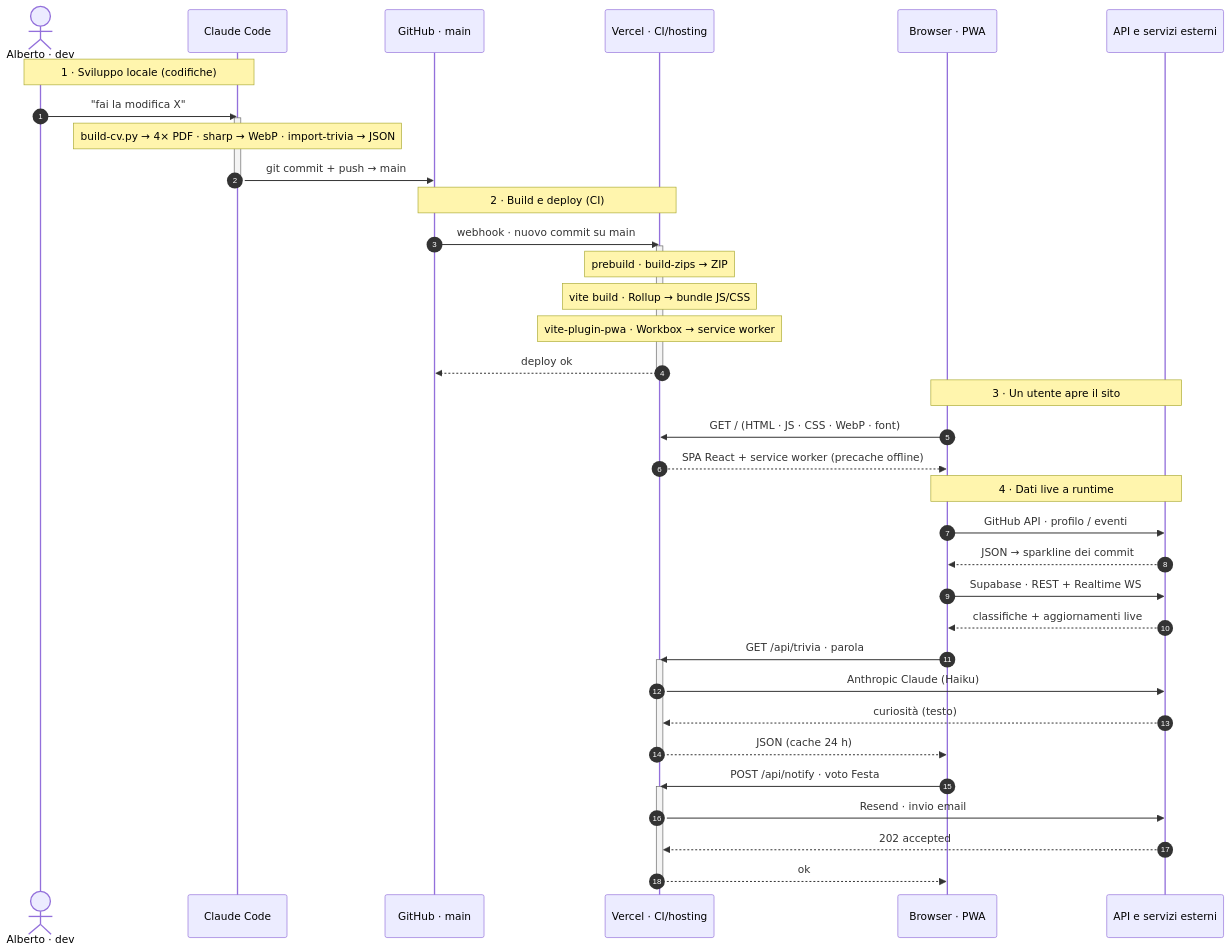
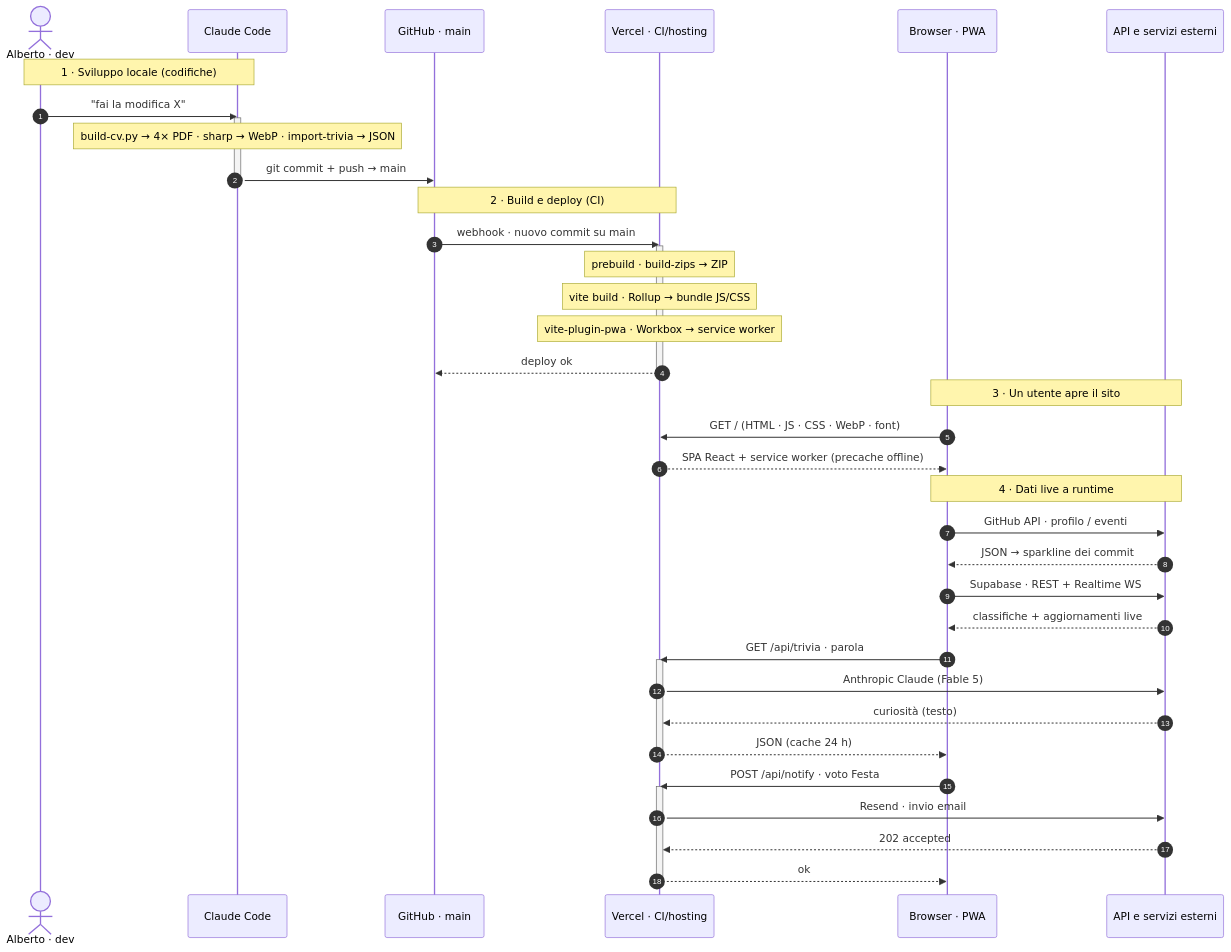
Before and after one commit to albertoxpecchini/AP: the diagram in README.md, drawn with Mermaid. The commit also changed other lines of this file and 5 other files, not shown here.

First line of the commit message:
docs+feat: README riscritto sul sito attuale + pulsante README nel footer; modello AI Trivia → Claude Fable 5

````diff
--- a/README.md
+++ b/README.md
@@ -118,48 +139,48 @@
 ```mermaid
 sequenceDiagram
     autonumber
     actor Dev as Alberto · dev
     participant CC as Claude Code
     participant GH as GitHub · main
     participant VC as Vercel · CI/hosting
     participant BR as Browser · PWA
     participant EXT as API e servizi esterni
 
     Note over Dev,CC: 1 · Sviluppo locale (codifiche)
     Dev->>CC: "fai la modifica X"
     activate CC
     Note over CC: build-cv.py → 4× PDF · sharp → WebP · import-trivia → JSON
     CC->>GH: git commit + push → main
     deactivate CC
 
     Note over GH,VC: 2 · Build e deploy (CI)
     GH->>VC: webhook · nuovo commit su main
     activate VC
     Note over VC: prebuild · build-zips → ZIP
     Note over VC: vite build · Rollup → bundle JS/CSS
     Note over VC: vite-plugin-pwa · Workbox → service worker
     VC-->>GH: deploy ok
     deactivate VC
 
     Note over BR,EXT: 3 · Un utente apre il sito
     BR->>VC: GET / (HTML · JS · CSS · WebP · font)
     VC-->>BR: SPA React + service worker (precache offline)
 
     Note over BR,EXT: 4 · Dati live a runtime
     BR->>EXT: GitHub API · profilo / eventi
     EXT-->>BR: JSON → sparkline dei commit
     BR->>EXT: Supabase · REST + Realtime WS
     EXT-->>BR: classifiche + aggiornamenti live
     BR->>VC: GET /api/trivia · parola
     activate VC
-    VC->>EXT: Anthropic Claude (Haiku)
+    VC->>EXT: Anthropic Claude (Fable 5)
     EXT-->>VC: curiosità (testo)
     VC-->>BR: JSON (cache 24 h)
     deactivate VC
     BR->>VC: POST /api/notify · voto Festa
     activate VC
     VC->>EXT: Resend · invio email
     EXT-->>VC: 202 accepted
     VC-->>BR: ok
     deactivate VC
 ```
````
